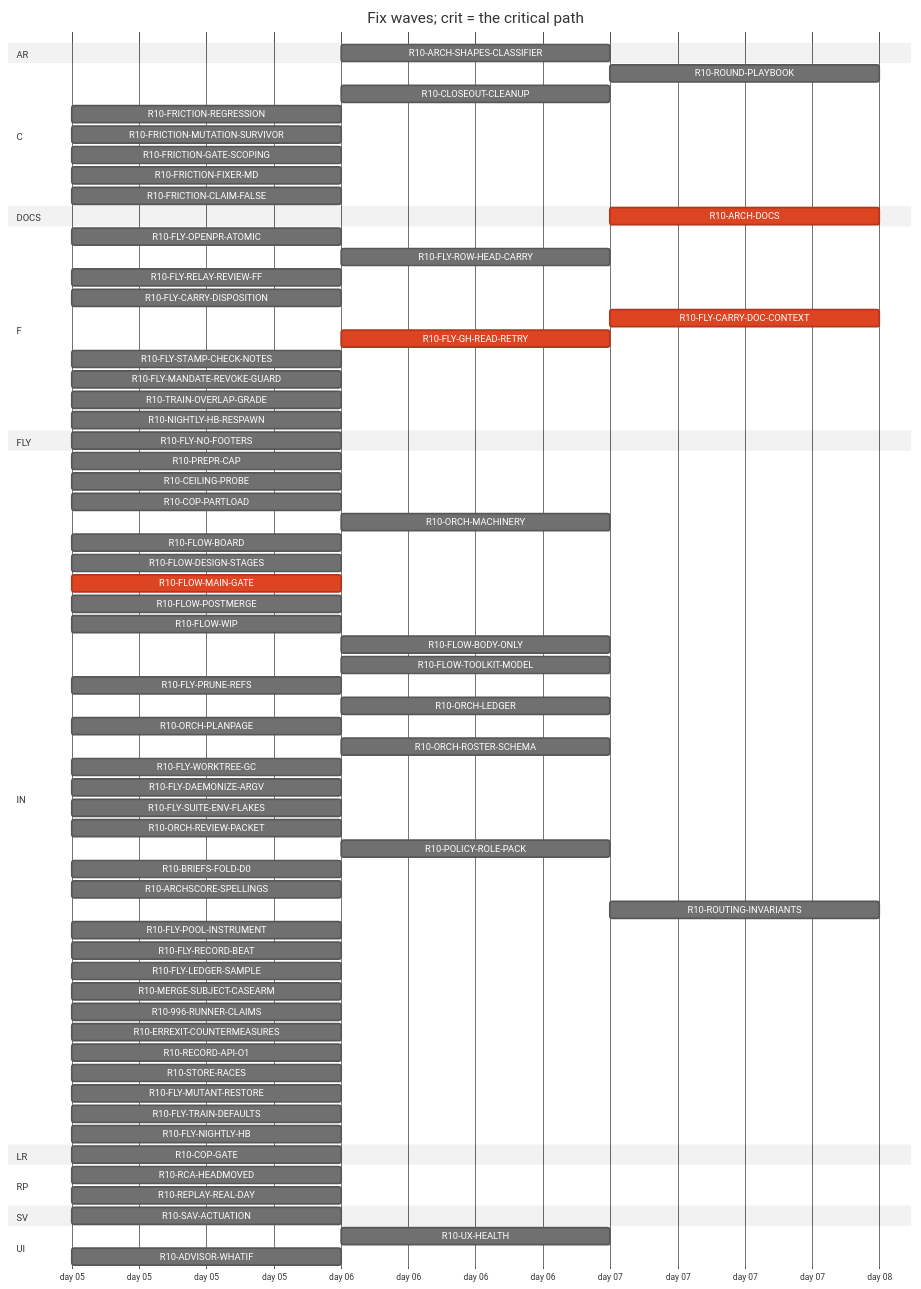
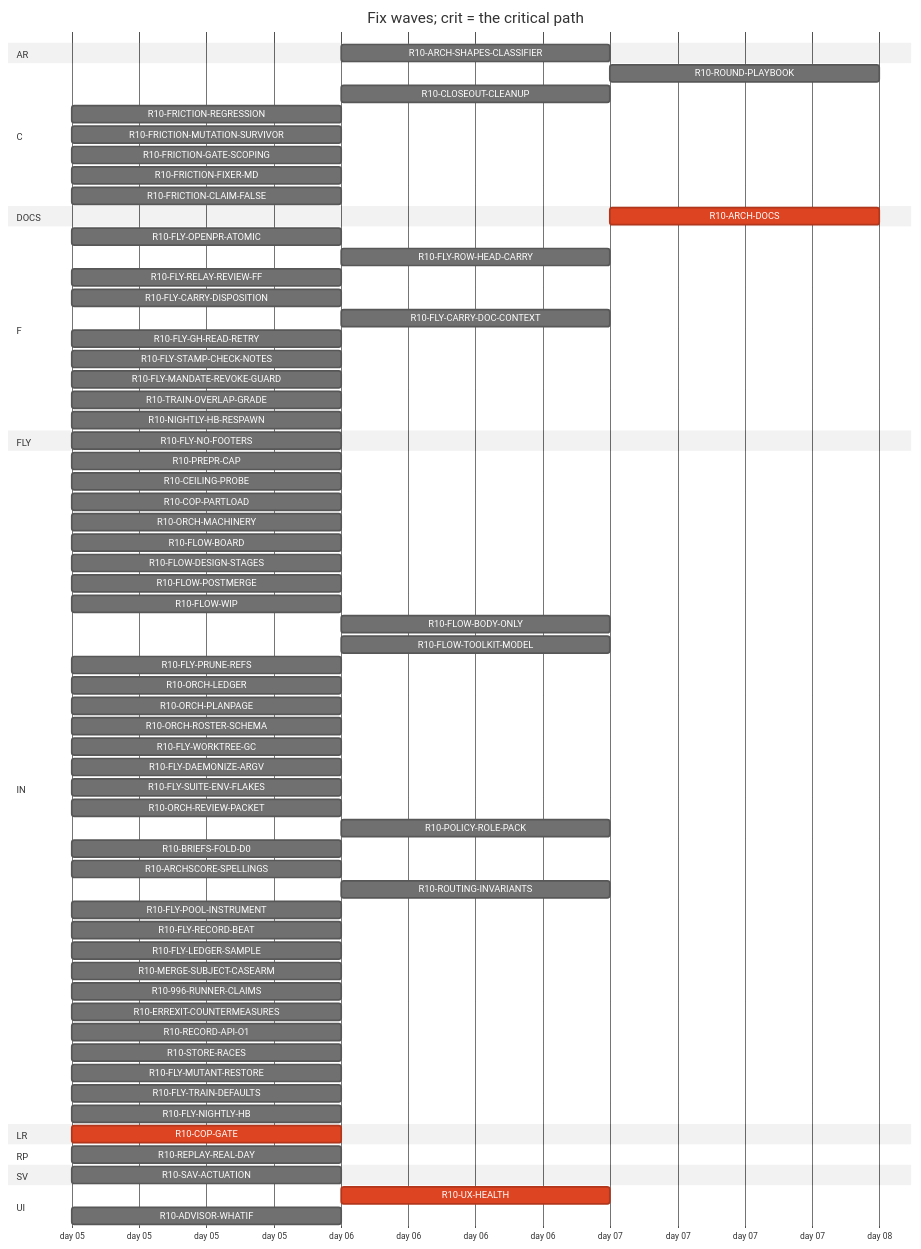
Before and after one commit to tvofi/heatpump_optimizer: the diagram in handoff/round10/state/PLAN-TABLE.md, drawn with Mermaid (neutral theme). The commit also changed other lines of this file and 3 other files, not shown here.

Commit message:
state: FLOW-BOARD.md, NEXT-SESSION-PROMPT.md, PLAN-TABLE.md, RESUME-CURRENT.md regenerated (state_docs.py)

````diff
--- a/handoff/round10/state/PLAN-TABLE.md
+++ b/handoff/round10/state/PLAN-TABLE.md
@@ -23,76 +23,74 @@
 ```mermaid
 gantt
   title Fix waves; crit = the critical path
   dateFormat YYYY-MM-DD
   axisFormat day %d
   section AR
     R10-ARCH-SHAPES-CLASSIFIER :r10ARCHSHAPESCLASSIFIER, after r10996RUNNERCLAIMS, 1d
   section C
-    R10-ROUND-PLAYBOOK :r10ROUNDPLAYBOOK, after r10ORCHLEDGER r10ORCHPLANPAGE r10FLOWMAINGATE r10FLYRELAYREVIEWFF r10FLOWBODYONLY, 1d
+    R10-ROUND-PLAYBOOK :r10ROUNDPLAYBOOK, after r10ORCHLEDGER r10ORCHPLANPAGE r10FLYRELAYREVIEWFF r10FLOWBODYONLY, 1d
     R10-CLOSEOUT-CLEANUP :r10CLOSEOUTCLEANUP, after r10FLYPRUNEREFS r10FLYWORKTREEGC, 1d
     R10-FRICTION-REGRESSION :r10FRICTIONREGRESSION, 2026-01-05, 1d
     R10-FRICTION-MUTATION-SURVIVOR :r10FRICTIONMUTATIONSURVIVOR, 2026-01-05, 1d
     R10-FRICTION-GATE-SCOPING :r10FRICTIONGATESCOPING, 2026-01-05, 1d
     R10-FRICTION-FIXER-MD :r10FRICTIONFIXERMD, 2026-01-05, 1d
     R10-FRICTION-CLAIM-FALSE :r10FRICTIONCLAIMFALSE, 2026-01-05, 1d
   section DOCS
-    R10-ARCH-DOCS :crit, r10ARCHDOCS, after r10COPGATE r10UXHEALTH r10RCAHEADMOVED r10CEILINGPROBE r10COPPARTLOAD r10FLOWBOARD r10FLOWDESIGNSTAGES r10FLOWPOSTMERGE r10FLOWWIP r10FLOWBODYONLY r10FLYOPENPRATOMIC r10FLYROWHEADCARRY r10FLYRELAYREVIEWFF r10FLYCARRYDISPOSITION r10FLYCARRYDOCCONTEXT r10FLOWTOOLKITMODEL r10FLYSTAMPCHECKNOTES r10FLYMANDATEREVOKEGUARD r10TRAINOVERLAPGRADE r10NIGHTLYHBRESPAWN r10FLYPRUNEREFS r10ORCHLEDGER r10ORCHPLANPAGE r10ORCHROSTERSCHEMA r10FLYWORKTREEGC r10FLYDAEMONIZEARGV r10ORCHREVIEWPACKET r10POLICYROLEPACK r10BRIEFSFOLDD0 r10REPLAYREALDAY r10ARCHSCORESPELLINGS r10SAVACTUATION r10FLYLEDGERSAMPLE, 1d
+    R10-ARCH-DOCS :crit, r10ARCHDOCS, after r10COPGATE r10UXHEALTH r10CEILINGPROBE r10COPPARTLOAD r10FLOWBOARD r10FLOWDESIGNSTAGES r10FLOWPOSTMERGE r10FLOWWIP r10FLOWBODYONLY r10FLYOPENPRATOMIC r10FLYROWHEADCARRY r10FLYRELAYREVIEWFF r10FLYCARRYDISPOSITION r10FLYCARRYDOCCONTEXT r10FLOWTOOLKITMODEL r10FLYSTAMPCHECKNOTES r10FLYMANDATEREVOKEGUARD r10TRAINOVERLAPGRADE r10NIGHTLYHBRESPAWN r10FLYPRUNEREFS r10ORCHLEDGER r10ORCHPLANPAGE r10ORCHROSTERSCHEMA r10FLYWORKTREEGC r10FLYDAEMONIZEARGV r10ORCHREVIEWPACKET r10POLICYROLEPACK r10BRIEFSFOLDD0 r10REPLAYREALDAY r10ARCHSCORESPELLINGS r10SAVACTUATION r10FLYLEDGERSAMPLE, 1d
   section F
     R10-FLY-OPENPR-ATOMIC :r10FLYOPENPRATOMIC, 2026-01-05, 1d
     R10-FLY-ROW-HEAD-CARRY :r10FLYROWHEADCARRY, after r10FLYOPENPRATOMIC, 1d
     R10-FLY-RELAY-REVIEW-FF :r10FLYRELAYREVIEWFF, 2026-01-05, 1d
     R10-FLY-CARRY-DISPOSITION :r10FLYCARRYDISPOSITION, 2026-01-05, 1d
-    R10-FLY-CARRY-DOC-CONTEXT :crit, r10FLYCARRYDOCCONTEXT, after r10FLYGHREADRETRY, 1d
-    R10-FLY-GH-READ-RETRY :crit, r10FLYGHREADRETRY, after r10FLOWMAINGATE, 1d
+    R10-FLY-CARRY-DOC-CONTEXT :r10FLYCARRYDOCCONTEXT, after r10FLYGHREADRETRY, 1d
+    R10-FLY-GH-READ-RETRY :r10FLYGHREADRETRY, 2026-01-05, 1d
     R10-FLY-STAMP-CHECK-NOTES :r10FLYSTAMPCHECKNOTES, 2026-01-05, 1d
     R10-FLY-MANDATE-REVOKE-GUARD :r10FLYMANDATEREVOKEGUARD, 2026-01-05, 1d
     R10-TRAIN-OVERLAP-GRADE :r10TRAINOVERLAPGRADE, 2026-01-05, 1d
     R10-NIGHTLY-HB-RESPAWN :r10NIGHTLYHBRESPAWN, 2026-01-05, 1d
   section FLY
     R10-FLY-NO-FOOTERS :r10FLYNOFOOTERS, 2026-01-05, 1d
   section IN
     R10-PREPR-CAP :r10PREPRCAP, 2026-01-05, 1d
     R10-CEILING-PROBE :r10CEILINGPROBE, 2026-01-05, 1d
     R10-COP-PARTLOAD :r10COPPARTLOAD, 2026-01-05, 1d
-    R10-ORCH-MACHINERY :r10ORCHMACHINERY, after r10FLOWMAINGATE, 1d
+    R10-ORCH-MACHINERY :r10ORCHMACHINERY, 2026-01-05, 1d
     R10-FLOW-BOARD :r10FLOWBOARD, 2026-01-05, 1d
     R10-FLOW-DESIGN-STAGES :r10FLOWDESIGNSTAGES, 2026-01-05, 1d
-    R10-FLOW-MAIN-GATE :crit, r10FLOWMAINGATE, 2026-01-05, 1d
     R10-FLOW-POSTMERGE :r10FLOWPOSTMERGE, 2026-01-05, 1d
     R10-FLOW-WIP :r10FLOWWIP, 2026-01-05, 1d
     R10-FLOW-BODY-ONLY :r10FLOWBODYONLY, after r10FLYOPENPRATOMIC, 1d
     R10-FLOW-TOOLKIT-MODEL :r10FLOWTOOLKITMODEL, after r10ORCHPLANPAGE, 1d
     R10-FLY-PRUNE-REFS :r10FLYPRUNEREFS, 2026-01-05, 1d
-    R10-ORCH-LEDGER :r10ORCHLEDGER, after r10FLOWMAINGATE, 1d
+    R10-ORCH-LEDGER :r10ORCHLEDGER, 2026-01-05, 1d
     R10-ORCH-PLANPAGE :r10ORCHPLANPAGE, 2026-01-05, 1d
-    R10-ORCH-ROSTER-SCHEMA :r10ORCHROSTERSCHEMA, after r10FLOWMAINGATE, 1d
+    R10-ORCH-ROSTER-SCHEMA :r10ORCHROSTERSCHEMA, 2026-01-05, 1d
     R10-FLY-WORKTREE-GC :r10FLYWORKTREEGC, 2026-01-05, 1d
     R10-FLY-DAEMONIZE-ARGV :r10FLYDAEMONIZEARGV, 2026-01-05, 1d
     R10-FLY-SUITE-ENV-FLAKES :r10FLYSUITEENVFLAKES, 2026-01-05, 1d
     R10-ORCH-REVIEW-PACKET :r10ORCHREVIEWPACKET, 2026-01-05, 1d
     R10-POLICY-ROLE-PACK :r10POLICYROLEPACK, after r10FLOWDESIGNSTAGES, 1d
     R10-BRIEFS-FOLD-D0 :r10BRIEFSFOLDD0, 2026-01-05, 1d
     R10-ARCHSCORE-SPELLINGS :r10ARCHSCORESPELLINGS, 2026-01-05, 1d
     R10-ROUTING-INVARIANTS :r10ROUTINGINVARIANTS, after r10ORCHROSTERSCHEMA, 1d
     R10-FLY-POOL-INSTRUMENT :r10FLYPOOLINSTRUMENT, 2026-01-05, 1d
     R10-FLY-RECORD-BEAT :r10FLYRECORDBEAT, 2026-01-05, 1d
     R10-FLY-LEDGER-SAMPLE :r10FLYLEDGERSAMPLE, 2026-01-05, 1d
     R10-MERGE-SUBJECT-CASEARM :r10MERGESUBJECTCASEARM, 2026-01-05, 1d
     R10-996-RUNNER-CLAIMS :r10996RUNNERCLAIMS, 2026-01-05, 1d
     R10-ERREXIT-COUNTERMEASURES :r10ERREXITCOUNTERMEASURES, 2026-01-05, 1d
     R10-RECORD-API-O1 :r10RECORDAPIO1, 2026-01-05, 1d
     R10-STORE-RACES :r10STORERACES, 2026-01-05, 1d
     R10-FLY-MUTANT-RESTORE :r10FLYMUTANTRESTORE, 2026-01-05, 1d
     R10-FLY-TRAIN-DEFAULTS :r10FLYTRAINDEFAULTS, 2026-01-05, 1d
     R10-FLY-NIGHTLY-HB :r10FLYNIGHTLYHB, 2026-01-05, 1d
   section LR
-    R10-COP-GATE :r10COPGATE, 2026-01-05, 1d
+    R10-COP-GATE :crit, r10COPGATE, 2026-01-05, 1d
   section RP
-    R10-RCA-HEADMOVED :r10RCAHEADMOVED, 2026-01-05, 1d
     R10-REPLAY-REAL-DAY :r10REPLAYREALDAY, 2026-01-05, 1d
   section SV
     R10-SAV-ACTUATION :r10SAVACTUATION, 2026-01-05, 1d
   section UI
-    R10-UX-HEALTH :r10UXHEALTH, after r10COPGATE, 1d
+    R10-UX-HEALTH :crit, r10UXHEALTH, after r10COPGATE, 1d
     R10-ADVISOR-WHATIF :r10ADVISORWHATIF, 2026-01-05, 1d
 ```
````
